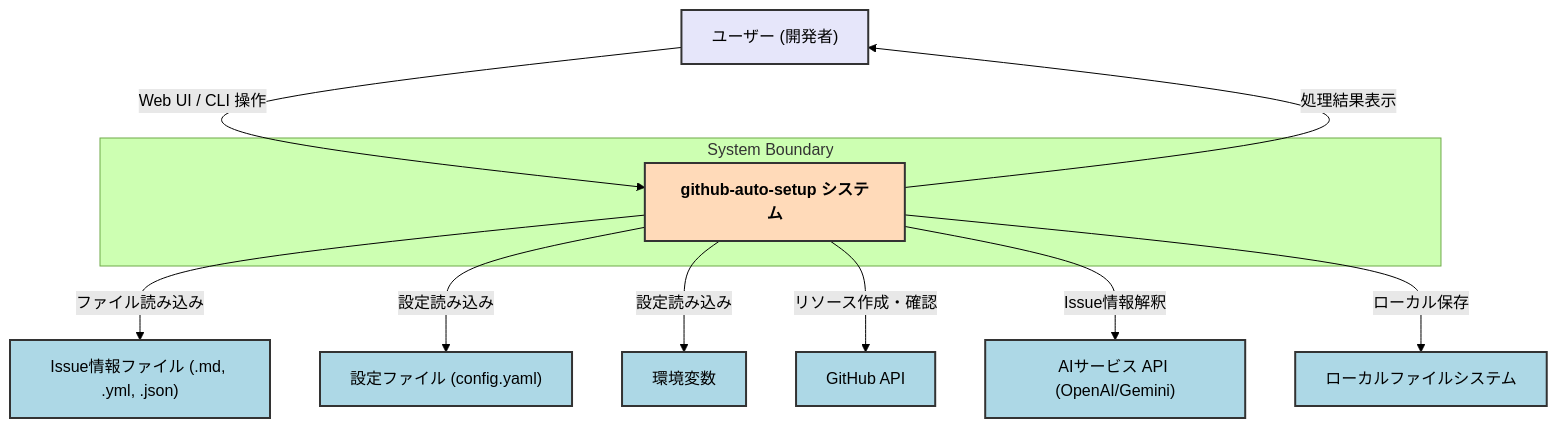
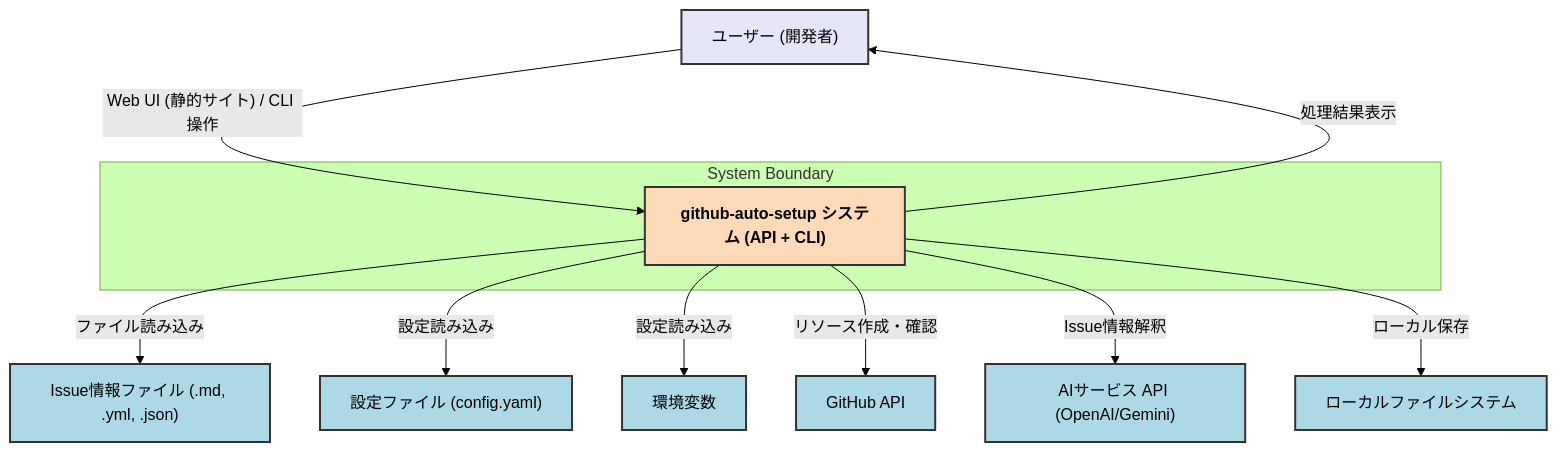
One commit to masa-codehub/github-auto-setup changed the diagram in docs/diagrams/context-diagram.md. Above: the diagram before and after it, drawn with Mermaid (forest theme). The commit also changed other lines of this file and 4 other files, not shown here.

Commit message:
feat: Update backlog, requirements, and UI/UX specifications to clarify frontend architecture and API interactions

````diff
--- a/docs/diagrams/context-diagram.md
+++ b/docs/diagrams/context-diagram.md
@@ -1,32 +1,32 @@
 ```mermaid
 graph TD
     User["ユーザー (開発者)"]
     GitHubAPI["GitHub API"]
     AIServiceAPI["AIサービス API (OpenAI/Gemini)"]
     LocalFileSystem["ローカルファイルシステム"]
     InputFile["Issue情報ファイル (.md, .yml, .json)"]
     ConfigFile["設定ファイル (config.yaml)"]
     EnvVars["環境変数"]
 
     subgraph System Boundary
-        GitHubAutoSetup["github-auto-setup システム"] 
+        GitHubAutoSetup["github-auto-setup システム (API + CLI)"] 
     end
     
 
-    User -- "Web UI / CLI 操作" --> GitHubAutoSetup
+    User -- "Web UI (静的サイト) / CLI 操作" --> GitHubAutoSetup
     GitHubAutoSetup -- "ファイル読み込み" --> InputFile
     GitHubAutoSetup -- "設定読み込み" --> ConfigFile
     GitHubAutoSetup -- "設定読み込み" --> EnvVars
     GitHubAutoSetup -- "リソース作成・確認" --> GitHubAPI
     GitHubAutoSetup -- "Issue情報解釈" --> AIServiceAPI
     GitHubAutoSetup -- "ローカル保存" --> LocalFileSystem
     GitHubAutoSetup -- "処理結果表示" --> User
 
     classDef user fill:#E6E6FA,stroke:#333,stroke-width:2px;
     classDef external fill:#ADD8E6,stroke:#333,stroke-width:2px;
     classDef system fill:#FFDAB9,stroke:#333,stroke-width:2px,font-weight:bold;
 
     class User user;
     class GitHubAPI,AIServiceAPI,LocalFileSystem,InputFile,ConfigFile,EnvVars external;
     class GitHubAutoSetup system;
 ```
````
